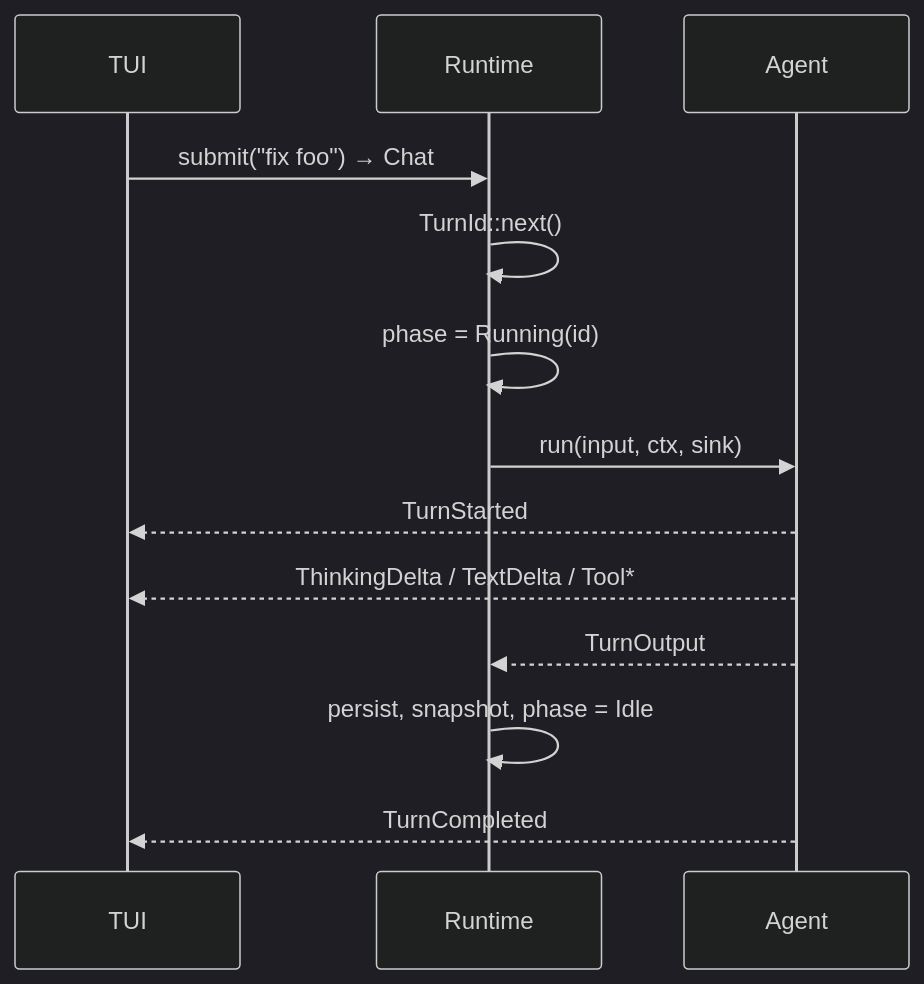
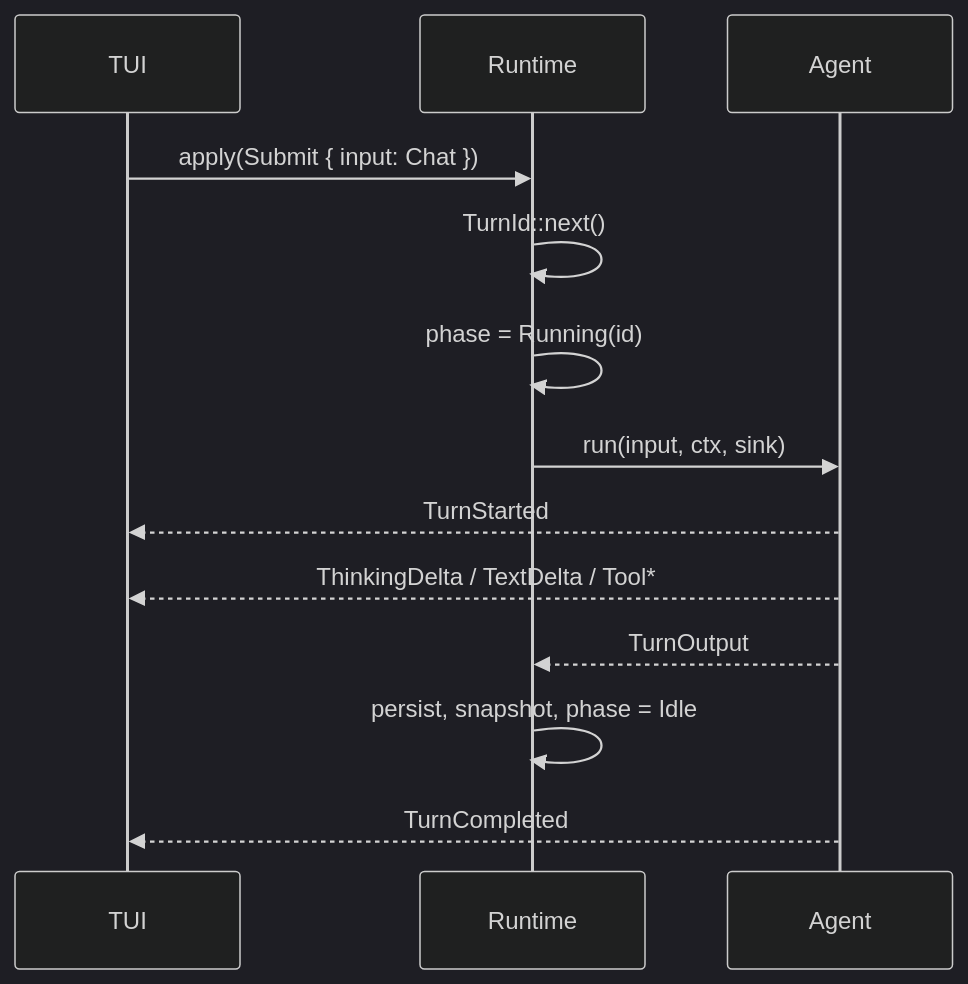
One commit to guuzaa/oven changed the third of 5 diagrams in docs/architectures.md. Above: the diagram before and after it, drawn with Mermaid (dark theme). The commit also changed other lines of this file and 17 other files, not shown here.

````diff
--- a/docs/architectures.md
+++ b/docs/architectures.md
@@ -651,16 +684,16 @@
 ```mermaid
 sequenceDiagram
     participant TUI
     participant Runtime
     participant Agent
 
-    TUI->>Runtime: submit("fix foo") → Chat
+    TUI->>Runtime: apply(Submit { input: Chat }) 
     Runtime->>Runtime: TurnId::next()
     Runtime->>Runtime: phase = Running(id)
     Runtime->>Agent: run(input, ctx, sink)
     Agent-->>TUI: TurnStarted
     Agent-->>TUI: ThinkingDelta / TextDelta / Tool*
     Agent-->>Runtime: TurnOutput
     Runtime->>Runtime: persist, snapshot, phase = Idle
     Agent-->>TUI: TurnCompleted
 ```
````
